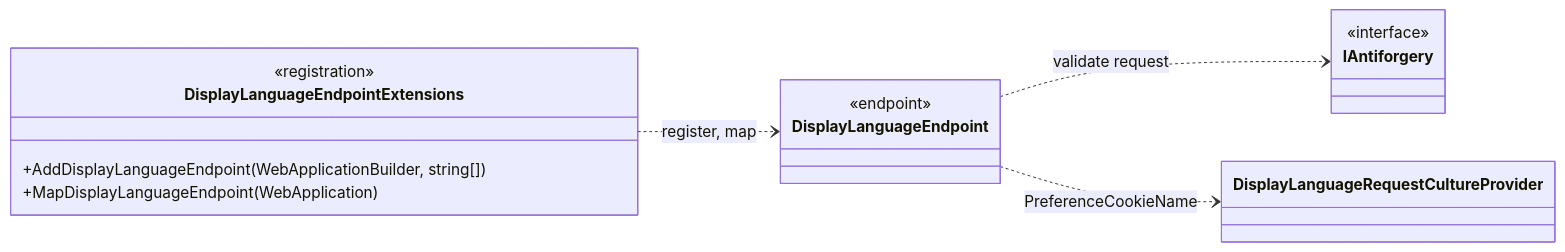
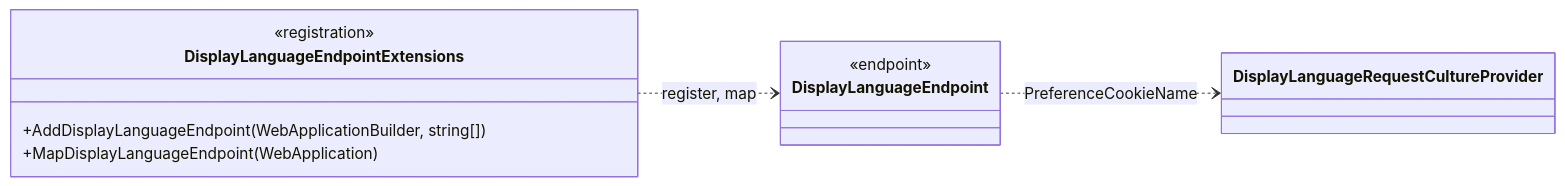
One commit to FlorianAlbert/ChronicleOfHeros changed the first of 2 diagrams in docs/architecture/hosts/web.md. Above: the diagram before and after it, drawn with Mermaid. The commit also changed other lines of this file and 8 other files, not shown here.

````diff
--- a/docs/architecture/hosts/web.md
+++ b/docs/architecture/hosts/web.md
@@ -35,19 +35,15 @@
 ```mermaid
 classDiagram
     direction LR
     class DisplayLanguageEndpointExtensions {
         <<registration>>
         +AddDisplayLanguageEndpoint(WebApplicationBuilder, string[])
         +MapDisplayLanguageEndpoint(WebApplication)
     }
     class DisplayLanguageEndpoint {
         <<endpoint>>
     }
-    class IAntiforgery {
-        <<interface>>
-    }
     class DisplayLanguageRequestCultureProvider
     DisplayLanguageEndpointExtensions ..> DisplayLanguageEndpoint : register, map
-    DisplayLanguageEndpoint ..> IAntiforgery : validate request
     DisplayLanguageEndpoint ..> DisplayLanguageRequestCultureProvider : PreferenceCookieName
 ```
````
